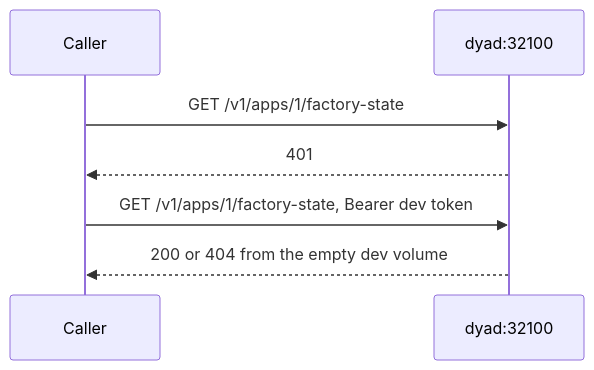
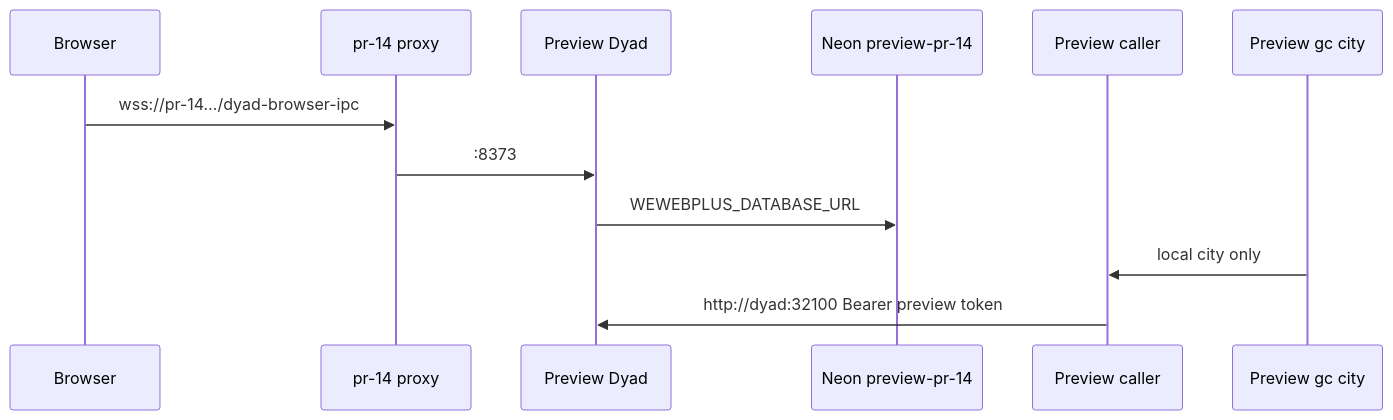
One commit to Awannaphasch2016/dyad changed the sixth of 9 diagrams in plans/preview-environments.md. Above: the diagram before and after it, drawn with Mermaid. The commit also changed other lines of this file, not shown here.

First line of the commit message:
Write the preview infrastructure implementation plan.

````diff
--- a/plans/preview-environments.md
+++ b/plans/preview-environments.md
@@ -102,9 +411,14 @@
 ```mermaid
 sequenceDiagram
-  participant Caller
-  participant Dyad as dyad:32100
-  Caller->>Dyad: GET /v1/apps/1/factory-state
-  Dyad-->>Caller: 401
-  Caller->>Dyad: GET /v1/apps/1/factory-state, Bearer dev token
-  Dyad-->>Caller: 200 or 404 from the empty dev volume
+  participant Browser
+  participant Proxy as pr-14 proxy
+  participant Dyad as Preview Dyad
+  participant Neon as Neon preview-pr-14
+  participant Caller as Preview caller
+  participant GC as Preview gc city
+  Browser->>Proxy: wss://pr-14…/dyad-browser-ipc
+  Proxy->>Dyad: :8373
+  Dyad->>Neon: WEWEBPLUS_DATABASE_URL
+  GC->>Caller: local city only
+  Caller->>Dyad: http://dyad:32100 Bearer preview token
 ```
````
